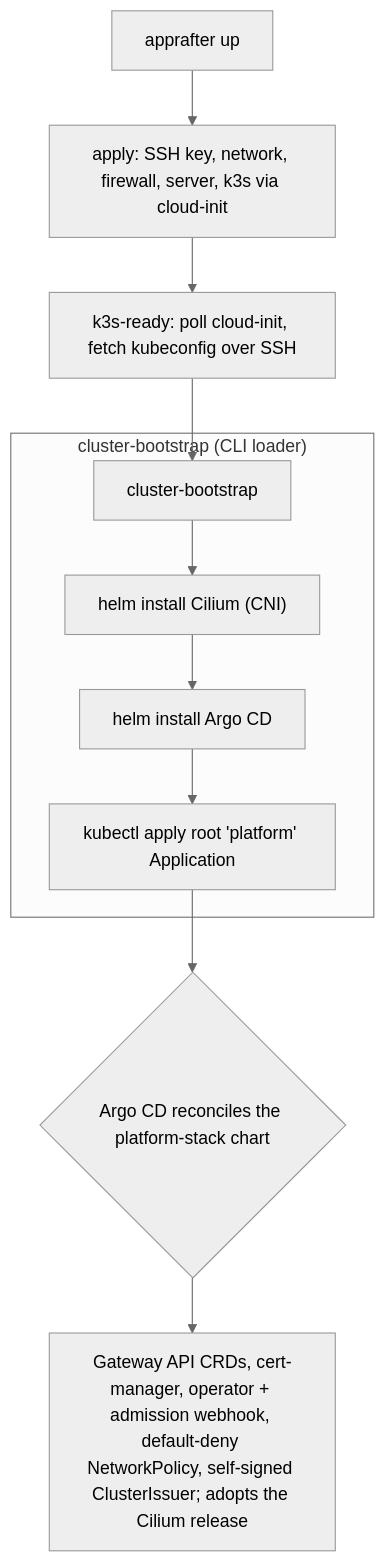
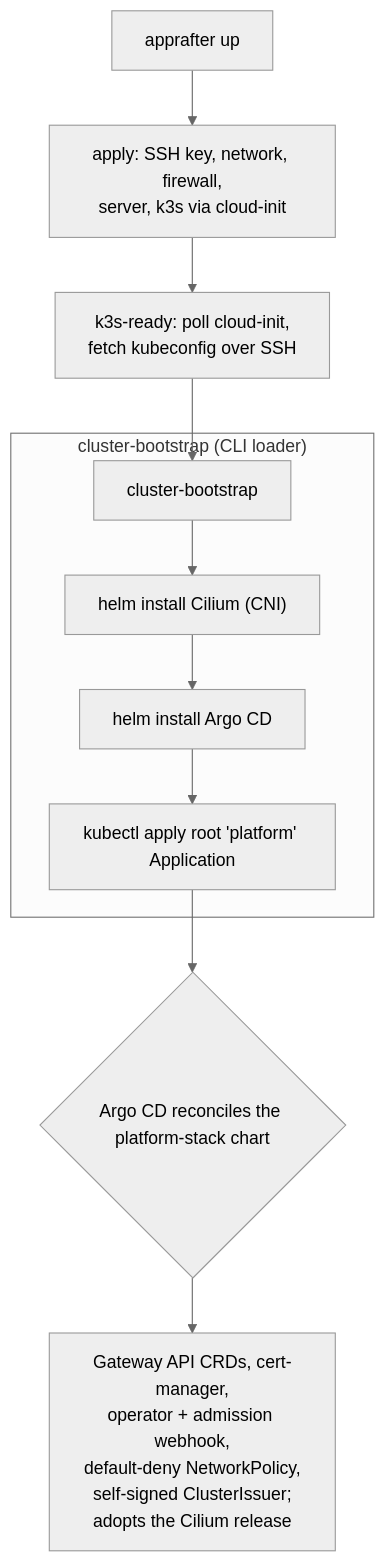
Before and after one commit to AppRafter/apprafter: the diagram in docs/operator-guide/quickstart.md, drawn with Mermaid (neutral theme). The commit also changed other lines of this file and 26 other files, not shown here.

````diff
--- a/docs/operator-guide/quickstart.md
+++ b/docs/operator-guide/quickstart.md
@@ -196,13 +196,13 @@
 ```mermaid
 flowchart TD
-    A["apprafter up"] --> B["apply: SSH key, network, firewall, server, k3s via cloud-init"]
-    B --> C["k3s-ready: poll cloud-init, fetch kubeconfig over SSH"]
+    A["apprafter up"] --> B["apply: SSH key, network, firewall,<br/>server, k3s via cloud-init"]
+    B --> C["k3s-ready: poll cloud-init,<br/>fetch kubeconfig over SSH"]
     C --> D["cluster-bootstrap"]
     subgraph loader["cluster-bootstrap (CLI loader)"]
         D --> E["helm install Cilium (CNI)"]
         E --> F["helm install Argo CD"]
         F --> G["kubectl apply root 'platform' Application"]
     end
     G --> H{"Argo CD reconciles the platform-stack chart"}
-    H --> I["Gateway API CRDs, cert-manager, operator + admission webhook, default-deny NetworkPolicy, self-signed ClusterIssuer; adopts the Cilium release"]
+    H --> I["Gateway API CRDs, cert-manager,<br/>operator + admission webhook,<br/>default-deny NetworkPolicy,<br/>self-signed ClusterIssuer;<br/>adopts the Cilium release"]
 ```
````
